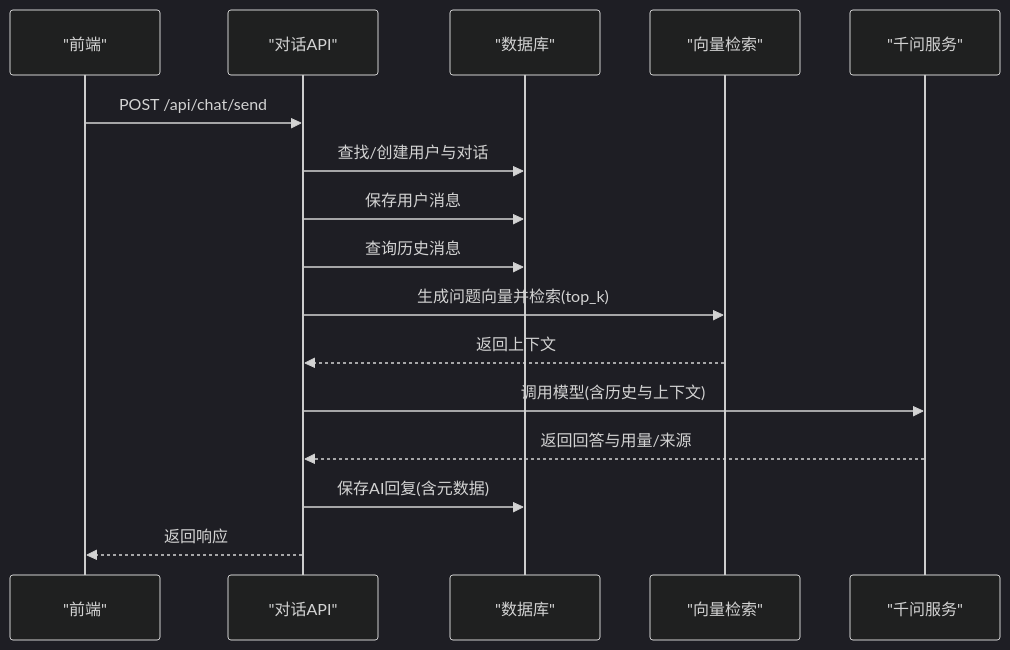
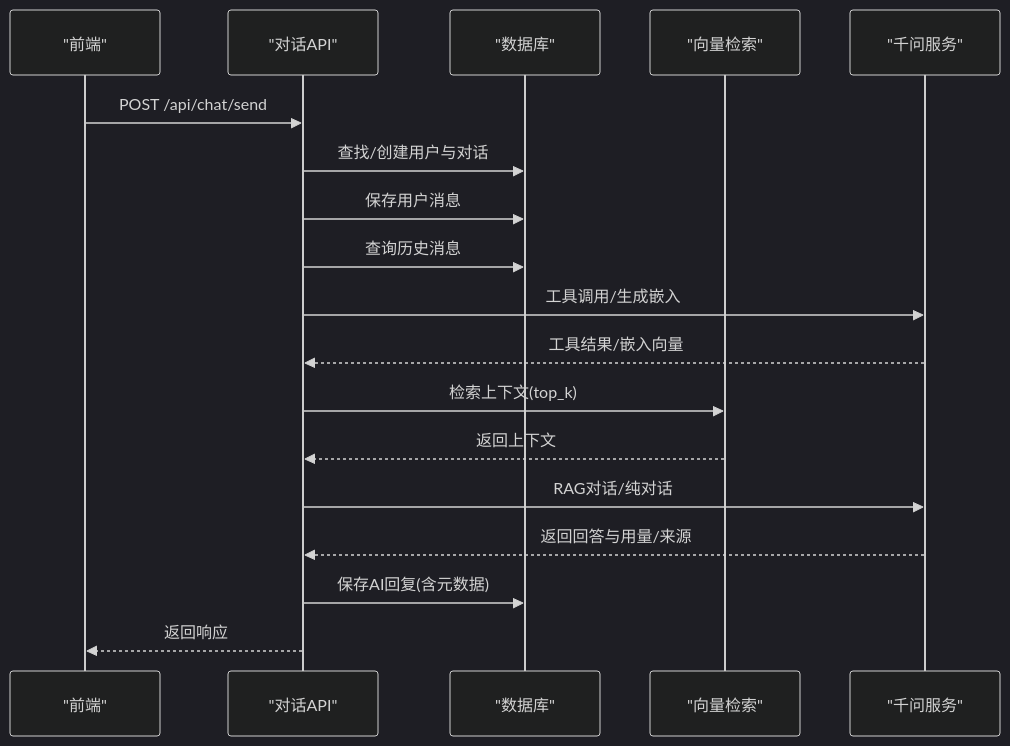
The third of 5 diagrams in .qoder/repowiki/zh/content/开发指南/调试工具/调试工具.md (ghbbn053-ship-itsoulddog/soulddog), drawn with Mermaid (dark theme) before and after one commit. The commit also changed other lines of this file and 5 other files, not shown here.

````diff
--- a/.qoder/repowiki/zh/content/开发指南/调试工具/调试工具.md
+++ b/.qoder/repowiki/zh/content/开发指南/调试工具/调试工具.md
@@ -137,18 +164,20 @@
 ```mermaid
 sequenceDiagram
 participant FE as "前端"
 participant API as "对话API"
 participant DB as "数据库"
 participant VS as "向量检索"
 participant QW as "千问服务"
 FE->>API : POST /api/chat/send
 API->>DB : 查找/创建用户与对话
 API->>DB : 保存用户消息
 API->>DB : 查询历史消息
-API->>VS : 生成问题向量并检索(top_k)
+API->>QW : 工具调用/生成嵌入
+QW-->>API : 工具结果/嵌入向量
+API->>VS : 检索上下文(top_k)
 VS-->>API : 返回上下文
-API->>QW : 调用模型(含历史与上下文)
+API->>QW : RAG对话/纯对话
 QW-->>API : 返回回答与用量/来源
 API->>DB : 保存AI回复(含元数据)
 API-->>FE : 返回响应
 ```
````
